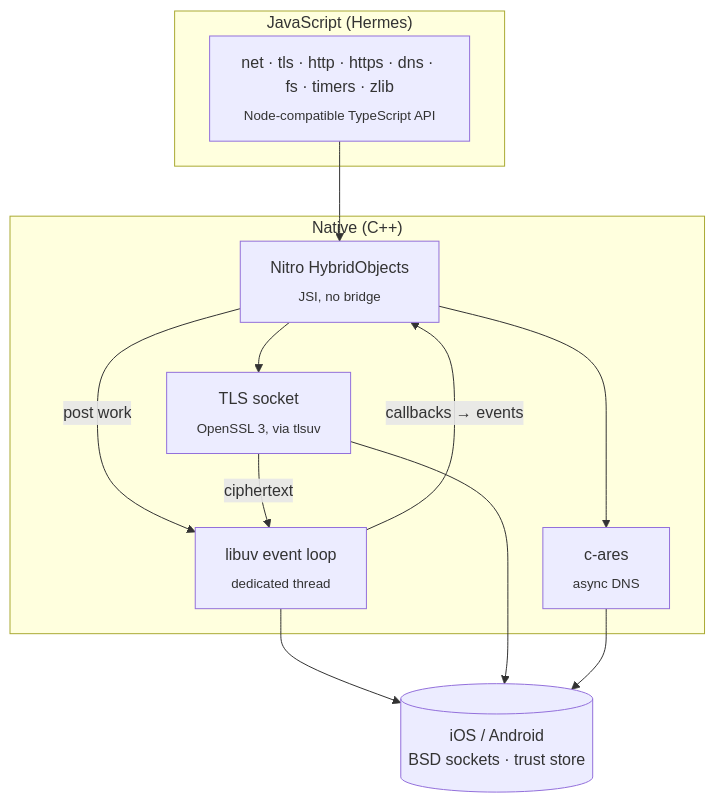
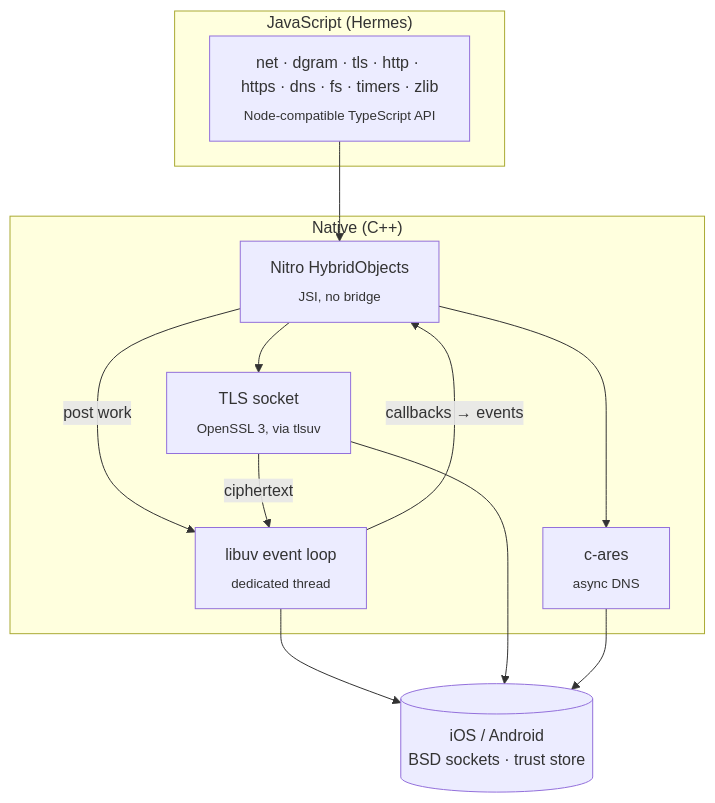
The diagram in README.md (gmanole01/react-native-nitro-node), drawn with Mermaid before and after one commit. The commit also changed other lines of this file and 30 other files, not shown here.

````diff
--- a/README.md
+++ b/README.md
@@ -664,25 +698,25 @@
 ```mermaid
 flowchart TB
     subgraph JS["JavaScript (Hermes)"]
-        API["net · tls · http · https · dns · fs · timers · zlib<br/><sub>Node-compatible TypeScript API</sub>"]
+        API["net · dgram · tls · http · https · dns · fs · timers · zlib<br/><sub>Node-compatible TypeScript API</sub>"]
     end
 
     subgraph Native["Native (C++)"]
         Nitro["Nitro HybridObjects<br/><sub>JSI, no bridge</sub>"]
         Loop["libuv event loop<br/><sub>dedicated thread</sub>"]
         TLS["TLS socket<br/><sub>OpenSSL 3, via tlsuv</sub>"]
         Ares["c-ares<br/><sub>async DNS</sub>"]
     end
 
     OS[("iOS / Android<br/>BSD sockets · trust store")]
 
     API --> Nitro
     Nitro -- "post work" --> Loop
     Loop -- "callbacks → events" --> Nitro
     Nitro --> TLS
     TLS -- "ciphertext" --> Loop
     Nitro --> Ares
     Loop --> OS
     TLS --> OS
     Ares --> OS
 ```
````
